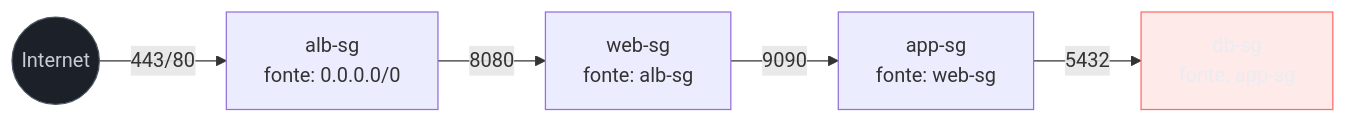
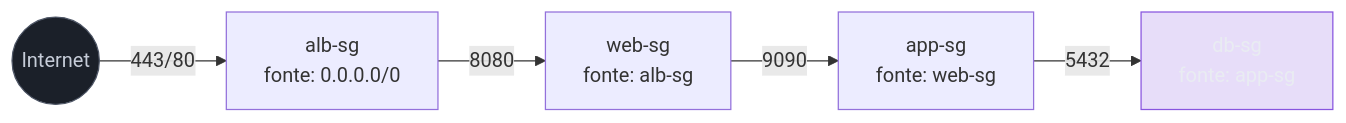
The first of 3 diagrams in 03-Dominios/Tecnologia/Cloud/07 - Rede na nuvem (VPC)/06 - Desenhando uma rede segura de ponta a ponta.md (josenaldo/codex-technomanticus), drawn with Mermaid before and after one commit. The commit also changed other lines of this file and 601 other files, not shown here.

````diff
--- a/03-Dominios/Tecnologia/Cloud/07 - Rede na nuvem (VPC)/06 - Desenhando uma rede segura de ponta a ponta.md
+++ b/03-Dominios/Tecnologia/Cloud/07 - Rede na nuvem (VPC)/06 - Desenhando uma rede segura de ponta a ponta.md
@@ -176,12 +176,12 @@
 ```mermaid
 flowchart LR
+    classDef marca fill:#8855DF33,stroke:#8855DF,color:#E9ECF2
     classDef neutro fill:#1B2029,stroke:#4E5666,color:#C6CCD8
-    classDef falha fill:#FF6B6B24,stroke:#FF6B6B,color:#E9ECF2
     Internet(("Internet")) -->|"443/80"| ALBSG["alb-sg<br/>fonte: 0.0.0.0/0"]
     ALBSG -->|"8080"| WebSG["web-sg<br/>fonte: alb-sg"]
     WebSG -->|"9090"| AppSG["app-sg<br/>fonte: web-sg"]
     AppSG -->|"5432"| DbSG["db-sg<br/>fonte: app-sg"]
 
     class Internet neutro
-    class DbSG falha
+    class DbSG marca
 ```
````
